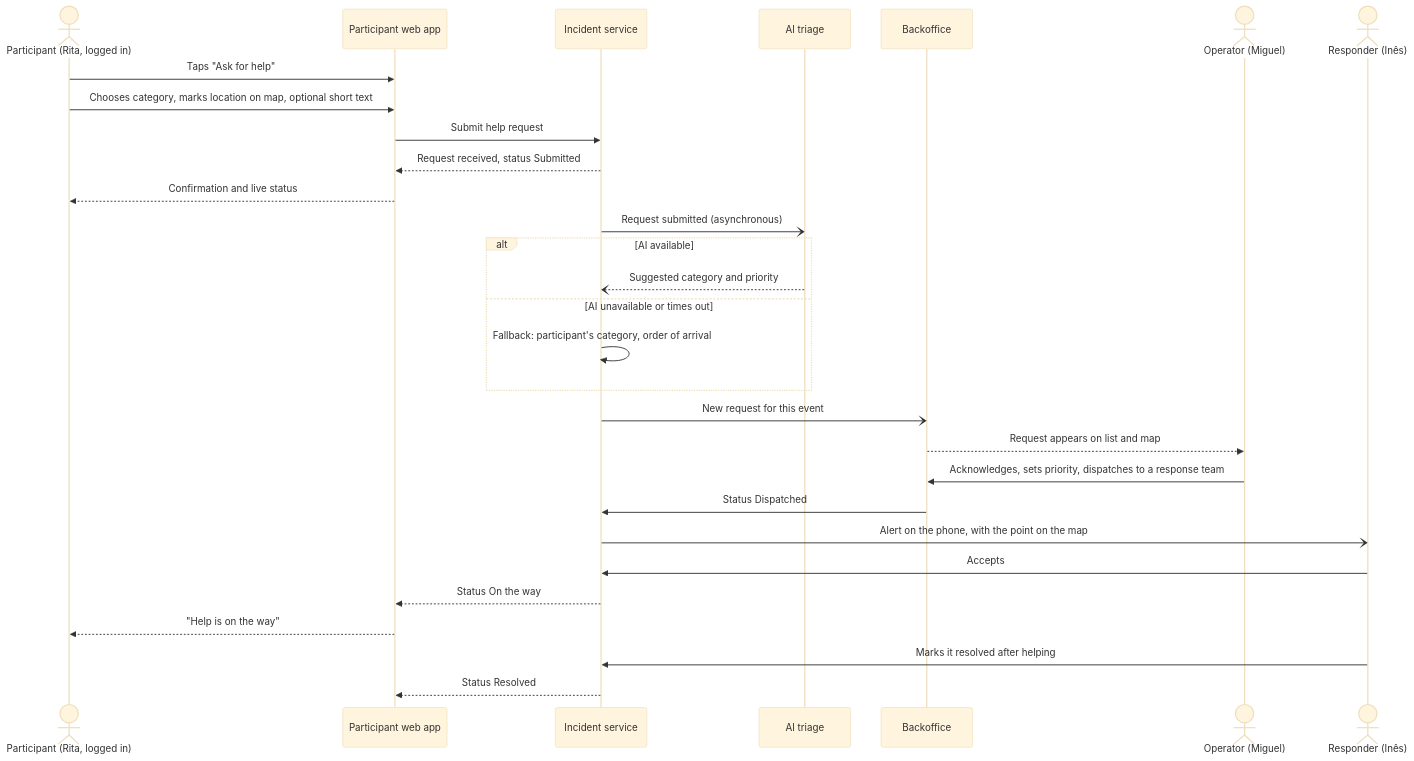
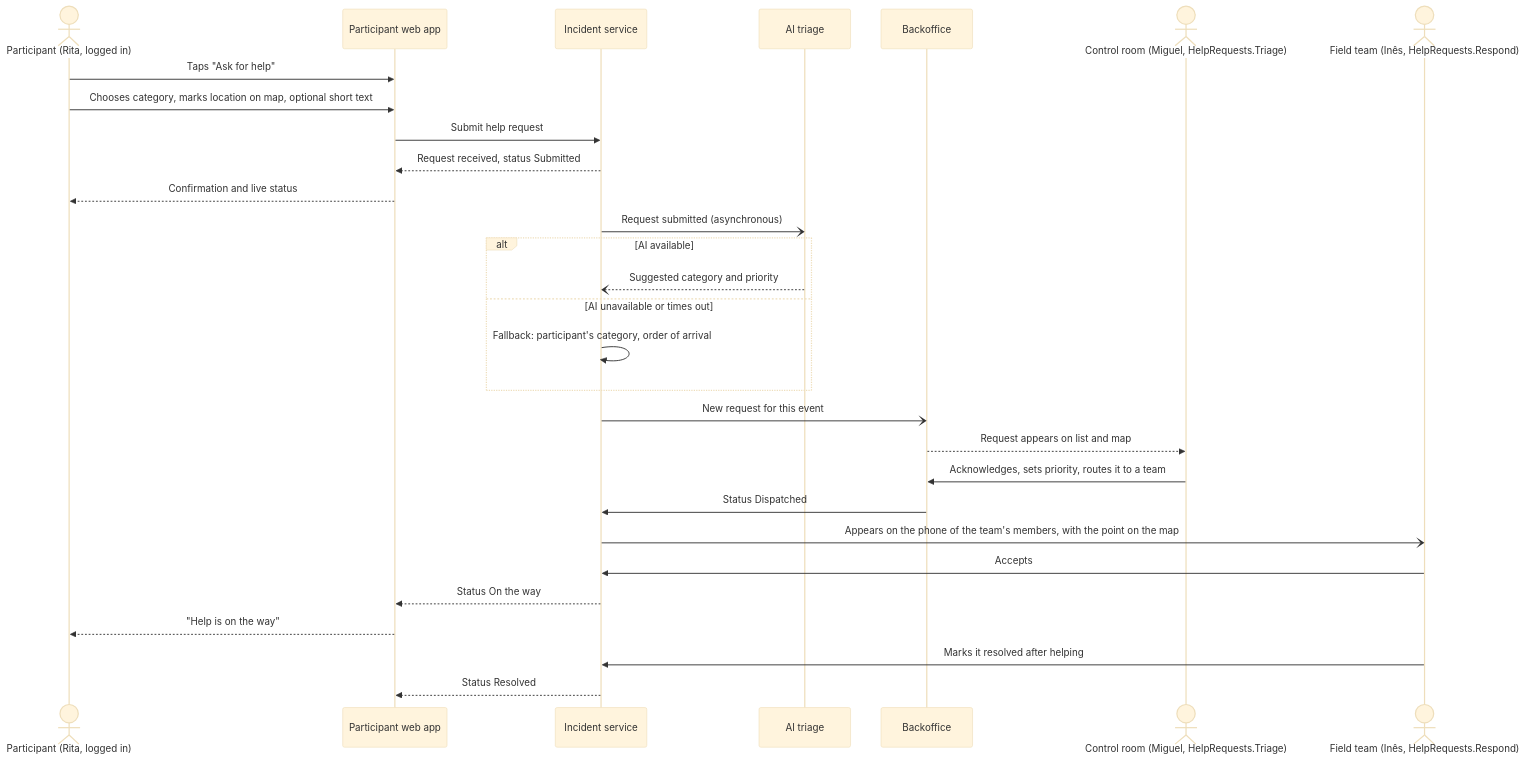
The second of 8 diagrams in Docs/Product/user-workflows.md (tomasoliveira21/LABDSOF), drawn with Mermaid (base theme) before and after one commit. The commit also changed other lines of this file and 10 other files, not shown here.

````diff
--- a/Docs/Product/user-workflows.md
+++ b/Docs/Product/user-workflows.md
@@ -72,32 +72,32 @@
 ```mermaid
 sequenceDiagram
     actor P as Participant (Rita, logged in)
     participant App as Participant web app
     participant Inc as Incident service
     participant AI as AI triage
     participant BO as Backoffice
-    actor O as Operator (Miguel)
-    actor R as Responder (Inês)
+    actor O as Control room (Miguel, HelpRequests.Triage)
+    actor R as Field team (Inês, HelpRequests.Respond)
 
     P->>App: Taps "Ask for help"
     P->>App: Chooses category, marks location on map, optional short text
     App->>Inc: Submit help request
     Inc-->>App: Request received, status Submitted
     App-->>P: Confirmation and live status
     Inc-)AI: Request submitted (asynchronous)
     alt AI available
         AI--)Inc: Suggested category and priority
     else AI unavailable or times out
         Inc->>Inc: Fallback: participant's category, order of arrival
     end
     Inc-)BO: New request for this event
     BO-->>O: Request appears on list and map
-    O->>BO: Acknowledges, sets priority, dispatches to a response team
+    O->>BO: Acknowledges, sets priority, routes it to a team
     BO->>Inc: Status Dispatched
-    Inc-)R: Alert on the phone, with the point on the map
+    Inc-)R: Appears on the phone of the team's members, with the point on the map
     R->>Inc: Accepts
     Inc-->>App: Status On the way
     App-->>P: "Help is on the way"
     R->>Inc: Marks it resolved after helping
     Inc-->>App: Status Resolved
 ```
````
